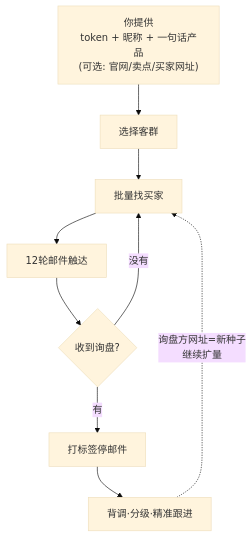
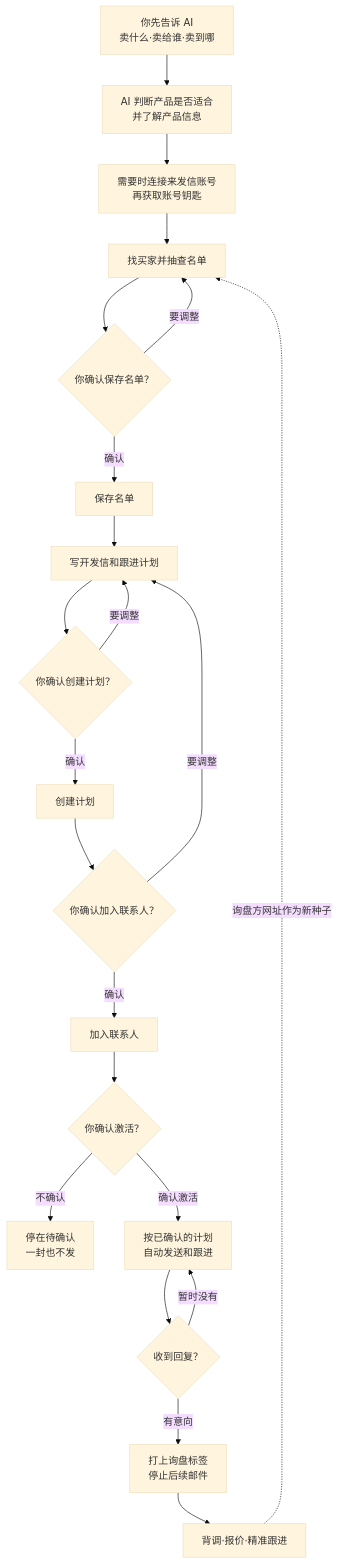
The diagram in README.md (tony-apan/laifaxin-b2b-sales), drawn with Mermaid (base theme) before and after one commit. The commit also changed other lines of this file and 18 other files, not shown here.

````diff
--- a/README.md
+++ b/README.md
@@ -109,11 +59,24 @@
 ```mermaid
 flowchart TD
-    U["你提供<br/>token + 昵称 + 一句话产品<br/>(可选: 官网/卖点/买家网址)"] --> A["选择客群"]
-    A --> B["批量找买家"]
-    B --> C["12轮邮件触达"]
-    C --> D{"收到询盘?"}
-    D -- "没有" --> B
-    D -- "有" --> E["打标签停邮件"]
-    E --> F["背调·分级·精准跟进"]
-    F -. "询盘方网址=新种子<br/>继续扩量" .-> B
+    U["你先告诉 AI<br/>卖什么·卖给谁·卖到哪"] --> A["AI 判断产品是否适合<br/>并了解产品信息"]
+    A --> B["需要时连接来发信账号<br/>再获取账号钥匙"]
+    B --> C["找买家并抽查名单"]
+    C --> D{"你确认保存名单？"}
+    D -- "要调整" --> C
+    D -- "确认" --> E["保存名单"]
+    E --> F["写开发信和跟进计划"]
+    F --> G{"你确认创建计划？"}
+    G -- "要调整" --> F
+    G -- "确认" --> H["创建计划"]
+    H --> I{"你确认加入联系人？"}
+    I -- "要调整" --> F
+    I -- "确认" --> J["加入联系人"]
+    J --> K{"你确认激活？"}
+    K -- "不确认" --> L["停在待确认<br/>一封也不发"]
+    K -- "确认激活" --> M["按已确认的计划<br/>自动发送和跟进"]
+    M --> N{"收到回复？"}
+    N -- "有意向" --> O["打上询盘标签<br/>停止后续邮件"]
+    O --> P["背调·报价·精准跟进"]
+    P -. "询盘方网址作为新种子" .-> C
+    N -- "暂时没有" --> M
 ```
````
